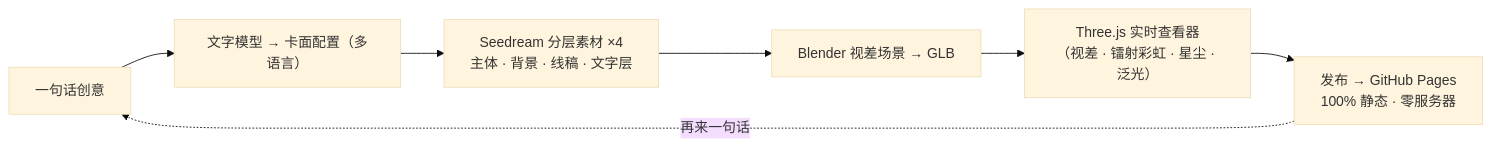
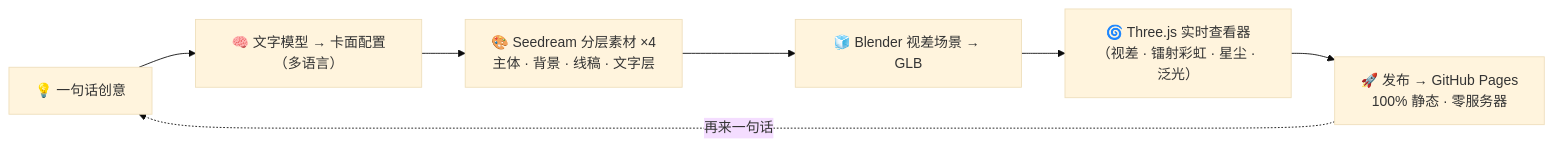
One commit to Elijah-Lin-Dancer/Holo-Card-Studio changed the diagram in README.zh-CN.md. Above: the diagram before and after it, drawn with Mermaid (base theme). The commit also changed other lines of this file and 2 other files, not shown here.

````diff
--- a/README.zh-CN.md
+++ b/README.zh-CN.md
@@ -63,9 +84,9 @@
 ```mermaid
 flowchart LR
-  A["一句话创意"] --> B["文字模型 → 卡面配置（多语言）"]
-  B --> C["Seedream 分层素材 ×4<br/>主体 · 背景 · 线稿 · 文字层"]
-  C --> D["Blender 视差场景 → GLB"]
-  D --> E["Three.js 实时查看器<br/>（视差 · 镭射彩虹 · 星尘 · 泛光）"]
-  E --> F["发布 → GitHub Pages<br/>100% 静态 · 零服务器"]
+  A["💡 一句话创意"] --> B["🧠 文字模型 → 卡面配置（多语言）"]
+  B --> C["🎨 Seedream 分层素材 ×4<br/>主体 · 背景 · 线稿 · 文字层"]
+  C --> D["🧊 Blender 视差场景 → GLB"]
+  D --> E["🌀 Three.js 实时查看器<br/>（视差 · 镭射彩虹 · 星尘 · 泛光）"]
+  E --> F["🚀 发布 → GitHub Pages<br/>100% 静态 · 零服务器"]
   F -. 再来一句话 .-> A
 ```
````
